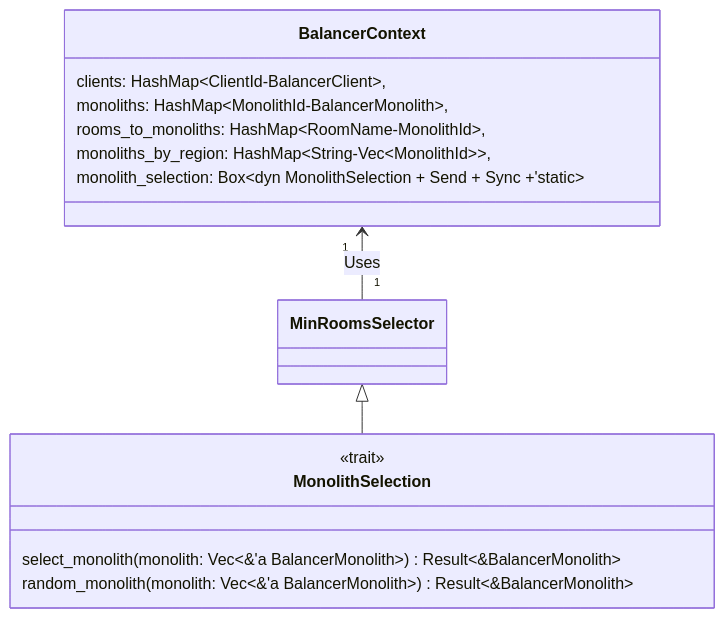
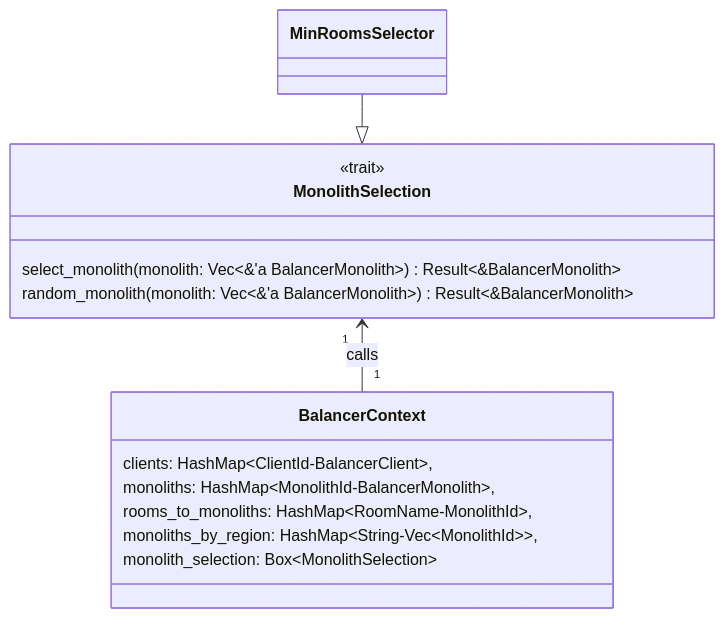
One commit to dyc3/senior-design changed the diagram in figures/monolith-selection-internals-class.mmd. Above: the diagram before and after it, drawn with Mermaid. The commit also changed 1 other file, not shown here.

```diff
--- a/figures/monolith-selection-internals-class.mmd
+++ b/figures/monolith-selection-internals-class.mmd
@@ -1,23 +1,23 @@
 classDiagram
     direction BT
 
     class MinRoomsSelector
 
     class MonolithSelection {
         <<trait>>
         select_monolith(monolith: Vec~&'a BalancerMonolith~) Result~&BalancerMonolith~
         random_monolith(monolith: Vec~&'a BalancerMonolith~) Result~&BalancerMonolith~
 
     }
 
-    MonolithSelection --|> MinRoomsSelector
+    MonolithSelection <|-- MinRoomsSelector
 
     class BalancerContext {
         clients: HashMap~ClientId-BalancerClient~,
         monoliths: HashMap~MonolithId-BalancerMonolith~,
         rooms_to_monoliths: HashMap~RoomName-MonolithId~,
         monoliths_by_region: HashMap~String-Vec~MonolithId~~,
-        monolith_selection: Box~dyn MonolithSelection + Send + Sync +'static~
+        monolith_selection: Box~MonolithSelection~
     }
 
-    MinRoomsSelector "1" --> "1" BalancerContext : Uses
+    BalancerContext "1" --> "1" MonolithSelection : calls
```
